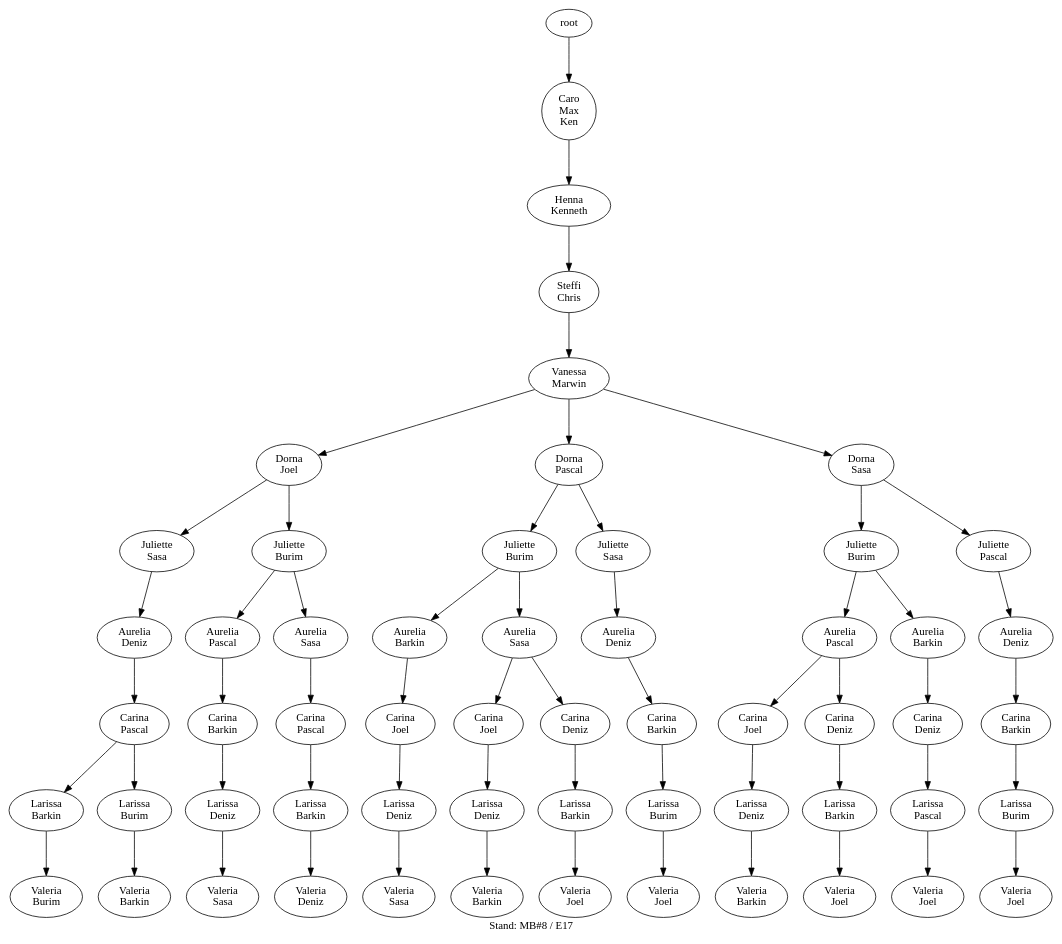
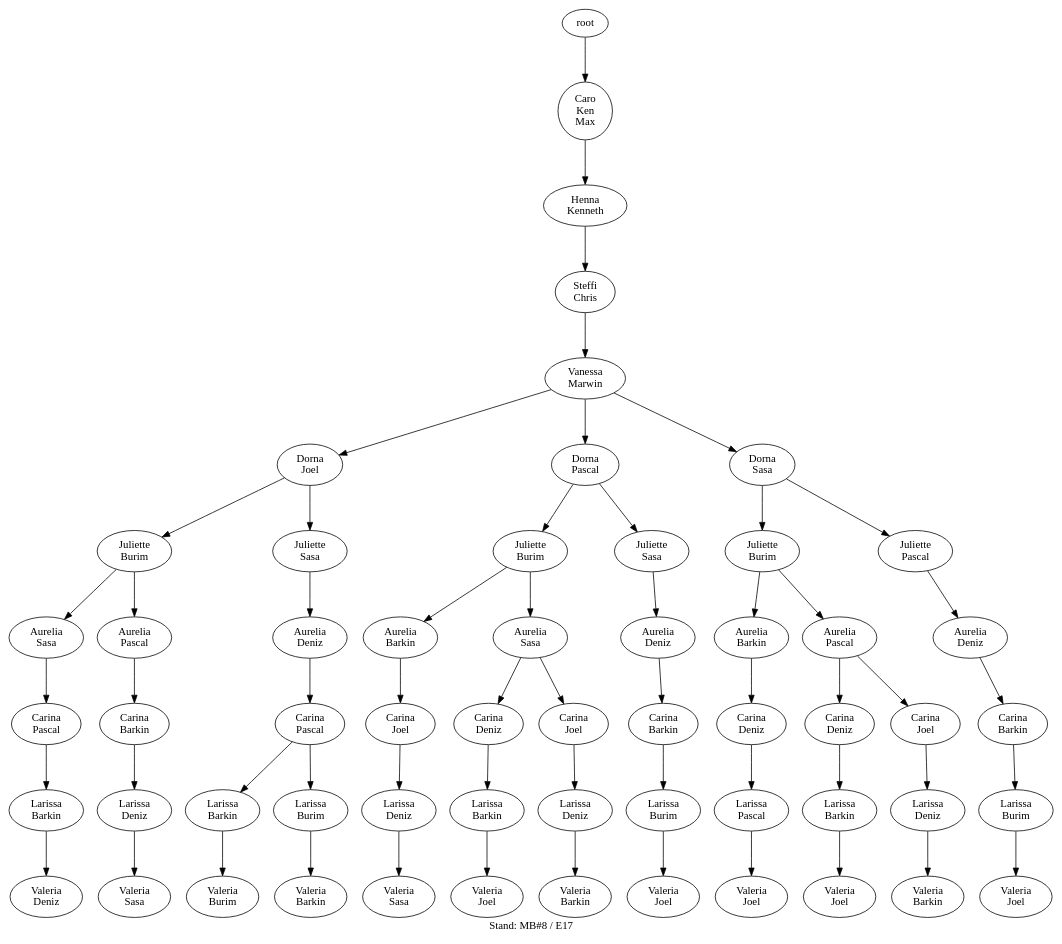
The diagram in data/de04/de04_16_tree.dot (atticus-sullivan/sim-ayto), drawn with Graphviz before and after one commit. The commit also changed 23 other files, not shown here.

```diff
--- a/data/de04/de04_16_tree.dot
+++ b/data/de04/de04_16_tree.dot
@@ -1,116 +1,116 @@
 digraph D { labelloc="b"; label="Stand: MB#8 / E17"; ranksep=0.8;
-"root/7,5"[label="Caro\nMax\nKen"]
-"root" -> "root/7,5";
-"root/7,5/6"[label="Henna\nKenneth"]
-"root/7,5" -> "root/7,5/6";
-"root/7,5/6/2"[label="Steffi\nChris"]
-"root/7,5/6" -> "root/7,5/6/2";
-"root/7,5/6/2/10"[label="Vanessa\nMarwin"]
-"root/7,5/6/2" -> "root/7,5/6/2/10";
-"root/7,5/6/2/10/4"[label="Dorna\nJoel"]
-"root/7,5/6/2/10" -> "root/7,5/6/2/10/4";
-"root/7,5/6/2/10/4/9"[label="Juliette\nSasa"]
-"root/7,5/6/2/10/4" -> "root/7,5/6/2/10/4/9";
-"root/7,5/6/2/10/4/9/3"[label="Aurelia\nDeniz"]
-"root/7,5/6/2/10/4/9" -> "root/7,5/6/2/10/4/9/3";
-"root/7,5/6/2/10/4/9/3/8"[label="Carina\nPascal"]
-"root/7,5/6/2/10/4/9/3" -> "root/7,5/6/2/10/4/9/3/8";
-"root/7,5/6/2/10/4/9/3/8/0"[label="Larissa\nBarkin"]
-"root/7,5/6/2/10/4/9/3/8" -> "root/7,5/6/2/10/4/9/3/8/0";
-"root/7,5/6/2/10/4/9/3/8/0/1"[label="Valeria\nBurim"]
-"root/7,5/6/2/10/4/9/3/8/0" -> "root/7,5/6/2/10/4/9/3/8/0/1";
-"root/7,5/6/2/10/8"[label="Dorna\nPascal"]
-"root/7,5/6/2/10" -> "root/7,5/6/2/10/8";
-"root/7,5/6/2/10/8/1"[label="Juliette\nBurim"]
-"root/7,5/6/2/10/8" -> "root/7,5/6/2/10/8/1";
-"root/7,5/6/2/10/8/1/0"[label="Aurelia\nBarkin"]
-"root/7,5/6/2/10/8/1" -> "root/7,5/6/2/10/8/1/0";
-"root/7,5/6/2/10/8/1/0/4"[label="Carina\nJoel"]
-"root/7,5/6/2/10/8/1/0" -> "root/7,5/6/2/10/8/1/0/4";
-"root/7,5/6/2/10/8/1/0/4/3"[label="Larissa\nDeniz"]
-"root/7,5/6/2/10/8/1/0/4" -> "root/7,5/6/2/10/8/1/0/4/3";
-"root/7,5/6/2/10/8/1/0/4/3/9"[label="Valeria\nSasa"]
-"root/7,5/6/2/10/8/1/0/4/3" -> "root/7,5/6/2/10/8/1/0/4/3/9";
-"root/7,5/6/2/10/4/1"[label="Juliette\nBurim"]
-"root/7,5/6/2/10/4" -> "root/7,5/6/2/10/4/1";
-"root/7,5/6/2/10/4/1/8"[label="Aurelia\nPascal"]
-"root/7,5/6/2/10/4/1" -> "root/7,5/6/2/10/4/1/8";
-"root/7,5/6/2/10/4/1/8/0"[label="Carina\nBarkin"]
-"root/7,5/6/2/10/4/1/8" -> "root/7,5/6/2/10/4/1/8/0";
-"root/7,5/6/2/10/4/1/8/0/3"[label="Larissa\nDeniz"]
-"root/7,5/6/2/10/4/1/8/0" -> "root/7,5/6/2/10/4/1/8/0/3";
-"root/7,5/6/2/10/4/1/8/0/3/9"[label="Valeria\nSasa"]
-"root/7,5/6/2/10/4/1/8/0/3" -> "root/7,5/6/2/10/4/1/8/0/3/9";
-"root/7,5/6/2/10/4/9/3/8/1"[label="Larissa\nBurim"]
-"root/7,5/6/2/10/4/9/3/8" -> "root/7,5/6/2/10/4/9/3/8/1";
-"root/7,5/6/2/10/4/9/3/8/1/0"[label="Valeria\nBarkin"]
-"root/7,5/6/2/10/4/9/3/8/1" -> "root/7,5/6/2/10/4/9/3/8/1/0";
-"root/7,5/6/2/10/9"[label="Dorna\nSasa"]
-"root/7,5/6/2/10" -> "root/7,5/6/2/10/9";
-"root/7,5/6/2/10/9/1"[label="Juliette\nBurim"]
-"root/7,5/6/2/10/9" -> "root/7,5/6/2/10/9/1";
-"root/7,5/6/2/10/9/1/8"[label="Aurelia\nPascal"]
-"root/7,5/6/2/10/9/1" -> "root/7,5/6/2/10/9/1/8";
-"root/7,5/6/2/10/9/1/8/4"[label="Carina\nJoel"]
-"root/7,5/6/2/10/9/1/8" -> "root/7,5/6/2/10/9/1/8/4";
-"root/7,5/6/2/10/9/1/8/4/3"[label="Larissa\nDeniz"]
-"root/7,5/6/2/10/9/1/8/4" -> "root/7,5/6/2/10/9/1/8/4/3";
-"root/7,5/6/2/10/9/1/8/4/3/0"[label="Valeria\nBarkin"]
-"root/7,5/6/2/10/9/1/8/4/3" -> "root/7,5/6/2/10/9/1/8/4/3/0";
-"root/7,5/6/2/10/8/1/9"[label="Aurelia\nSasa"]
-"root/7,5/6/2/10/8/1" -> "root/7,5/6/2/10/8/1/9";
-"root/7,5/6/2/10/8/1/9/4"[label="Carina\nJoel"]
-"root/7,5/6/2/10/8/1/9" -> "root/7,5/6/2/10/8/1/9/4";
-"root/7,5/6/2/10/8/1/9/4/3"[label="Larissa\nDeniz"]
-"root/7,5/6/2/10/8/1/9/4" -> "root/7,5/6/2/10/8/1/9/4/3";
-"root/7,5/6/2/10/8/1/9/4/3/0"[label="Valeria\nBarkin"]
-"root/7,5/6/2/10/8/1/9/4/3" -> "root/7,5/6/2/10/8/1/9/4/3/0";
-"root/7,5/6/2/10/4/1/9"[label="Aurelia\nSasa"]
-"root/7,5/6/2/10/4/1" -> "root/7,5/6/2/10/4/1/9";
-"root/7,5/6/2/10/4/1/9/8"[label="Carina\nPascal"]
-"root/7,5/6/2/10/4/1/9" -> "root/7,5/6/2/10/4/1/9/8";
-"root/7,5/6/2/10/4/1/9/8/0"[label="Larissa\nBarkin"]
-"root/7,5/6/2/10/4/1/9/8" -> "root/7,5/6/2/10/4/1/9/8/0";
-"root/7,5/6/2/10/4/1/9/8/0/3"[label="Valeria\nDeniz"]
-"root/7,5/6/2/10/4/1/9/8/0" -> "root/7,5/6/2/10/4/1/9/8/0/3";
-"root/7,5/6/2/10/8/1/9/3"[label="Carina\nDeniz"]
-"root/7,5/6/2/10/8/1/9" -> "root/7,5/6/2/10/8/1/9/3";
-"root/7,5/6/2/10/8/1/9/3/0"[label="Larissa\nBarkin"]
-"root/7,5/6/2/10/8/1/9/3" -> "root/7,5/6/2/10/8/1/9/3/0";
-"root/7,5/6/2/10/8/1/9/3/0/4"[label="Valeria\nJoel"]
-"root/7,5/6/2/10/8/1/9/3/0" -> "root/7,5/6/2/10/8/1/9/3/0/4";
-"root/7,5/6/2/10/9/1/8/3"[label="Carina\nDeniz"]
-"root/7,5/6/2/10/9/1/8" -> "root/7,5/6/2/10/9/1/8/3";
-"root/7,5/6/2/10/9/1/8/3/0"[label="Larissa\nBarkin"]
-"root/7,5/6/2/10/9/1/8/3" -> "root/7,5/6/2/10/9/1/8/3/0";
-"root/7,5/6/2/10/9/1/8/3/0/4"[label="Valeria\nJoel"]
-"root/7,5/6/2/10/9/1/8/3/0" -> "root/7,5/6/2/10/9/1/8/3/0/4";
-"root/7,5/6/2/10/8/9"[label="Juliette\nSasa"]
-"root/7,5/6/2/10/8" -> "root/7,5/6/2/10/8/9";
-"root/7,5/6/2/10/8/9/3"[label="Aurelia\nDeniz"]
-"root/7,5/6/2/10/8/9" -> "root/7,5/6/2/10/8/9/3";
-"root/7,5/6/2/10/8/9/3/0"[label="Carina\nBarkin"]
-"root/7,5/6/2/10/8/9/3" -> "root/7,5/6/2/10/8/9/3/0";
-"root/7,5/6/2/10/8/9/3/0/1"[label="Larissa\nBurim"]
-"root/7,5/6/2/10/8/9/3/0" -> "root/7,5/6/2/10/8/9/3/0/1";
-"root/7,5/6/2/10/8/9/3/0/1/4"[label="Valeria\nJoel"]
-"root/7,5/6/2/10/8/9/3/0/1" -> "root/7,5/6/2/10/8/9/3/0/1/4";
-"root/7,5/6/2/10/9/8"[label="Juliette\nPascal"]
-"root/7,5/6/2/10/9" -> "root/7,5/6/2/10/9/8";
-"root/7,5/6/2/10/9/8/3"[label="Aurelia\nDeniz"]
-"root/7,5/6/2/10/9/8" -> "root/7,5/6/2/10/9/8/3";
-"root/7,5/6/2/10/9/8/3/0"[label="Carina\nBarkin"]
-"root/7,5/6/2/10/9/8/3" -> "root/7,5/6/2/10/9/8/3/0";
-"root/7,5/6/2/10/9/8/3/0/1"[label="Larissa\nBurim"]
-"root/7,5/6/2/10/9/8/3/0" -> "root/7,5/6/2/10/9/8/3/0/1";
-"root/7,5/6/2/10/9/8/3/0/1/4"[label="Valeria\nJoel"]
-"root/7,5/6/2/10/9/8/3/0/1" -> "root/7,5/6/2/10/9/8/3/0/1/4";
-"root/7,5/6/2/10/9/1/0"[label="Aurelia\nBarkin"]
-"root/7,5/6/2/10/9/1" -> "root/7,5/6/2/10/9/1/0";
-"root/7,5/6/2/10/9/1/0/3"[label="Carina\nDeniz"]
-"root/7,5/6/2/10/9/1/0" -> "root/7,5/6/2/10/9/1/0/3";
-"root/7,5/6/2/10/9/1/0/3/8"[label="Larissa\nPascal"]
-"root/7,5/6/2/10/9/1/0/3" -> "root/7,5/6/2/10/9/1/0/3/8";
-"root/7,5/6/2/10/9/1/0/3/8/4"[label="Valeria\nJoel"]
-"root/7,5/6/2/10/9/1/0/3/8" -> "root/7,5/6/2/10/9/1/0/3/8/4";
+"root/5,7"[label="Caro\nKen\nMax"]
+"root" -> "root/5,7";
+"root/5,7/6"[label="Henna\nKenneth"]
+"root/5,7" -> "root/5,7/6";
+"root/5,7/6/2"[label="Steffi\nChris"]
+"root/5,7/6" -> "root/5,7/6/2";
+"root/5,7/6/2/10"[label="Vanessa\nMarwin"]
+"root/5,7/6/2" -> "root/5,7/6/2/10";
+"root/5,7/6/2/10/4"[label="Dorna\nJoel"]
+"root/5,7/6/2/10" -> "root/5,7/6/2/10/4";
+"root/5,7/6/2/10/4/1"[label="Juliette\nBurim"]
+"root/5,7/6/2/10/4" -> "root/5,7/6/2/10/4/1";
+"root/5,7/6/2/10/4/1/9"[label="Aurelia\nSasa"]
+"root/5,7/6/2/10/4/1" -> "root/5,7/6/2/10/4/1/9";
+"root/5,7/6/2/10/4/1/9/8"[label="Carina\nPascal"]
+"root/5,7/6/2/10/4/1/9" -> "root/5,7/6/2/10/4/1/9/8";
+"root/5,7/6/2/10/4/1/9/8/0"[label="Larissa\nBarkin"]
+"root/5,7/6/2/10/4/1/9/8" -> "root/5,7/6/2/10/4/1/9/8/0";
+"root/5,7/6/2/10/4/1/9/8/0/3"[label="Valeria\nDeniz"]
+"root/5,7/6/2/10/4/1/9/8/0" -> "root/5,7/6/2/10/4/1/9/8/0/3";
+"root/5,7/6/2/10/4/9"[label="Juliette\nSasa"]
+"root/5,7/6/2/10/4" -> "root/5,7/6/2/10/4/9";
+"root/5,7/6/2/10/4/9/3"[label="Aurelia\nDeniz"]
+"root/5,7/6/2/10/4/9" -> "root/5,7/6/2/10/4/9/3";
+"root/5,7/6/2/10/4/9/3/8"[label="Carina\nPascal"]
+"root/5,7/6/2/10/4/9/3" -> "root/5,7/6/2/10/4/9/3/8";
+"root/5,7/6/2/10/4/9/3/8/0"[label="Larissa\nBarkin"]
+"root/5,7/6/2/10/4/9/3/8" -> "root/5,7/6/2/10/4/9/3/8/0";
+"root/5,7/6/2/10/4/9/3/8/0/1"[label="Valeria\nBurim"]
+"root/5,7/6/2/10/4/9/3/8/0" -> "root/5,7/6/2/10/4/9/3/8/0/1";
+"root/5,7/6/2/10/4/1/8"[label="Aurelia\nPascal"]
+"root/5,7/6/2/10/4/1" -> "root/5,7/6/2/10/4/1/8";
+"root/5,7/6/2/10/4/1/8/0"[label="Carina\nBarkin"]
+"root/5,7/6/2/10/4/1/8" -> "root/5,7/6/2/10/4/1/8/0";
+"root/5,7/6/2/10/4/1/8/0/3"[label="Larissa\nDeniz"]
+"root/5,7/6/2/10/4/1/8/0" -> "root/5,7/6/2/10/4/1/8/0/3";
+"root/5,7/6/2/10/4/1/8/0/3/9"[label="Valeria\nSasa"]
+"root/5,7/6/2/10/4/1/8/0/3" -> "root/5,7/6/2/10/4/1/8/0/3/9";
+"root/5,7/6/2/10/8"[label="Dorna\nPascal"]
+"root/5,7/6/2/10" -> "root/5,7/6/2/10/8";
+"root/5,7/6/2/10/8/1"[label="Juliette\nBurim"]
+"root/5,7/6/2/10/8" -> "root/5,7/6/2/10/8/1";
+"root/5,7/6/2/10/8/1/0"[label="Aurelia\nBarkin"]
+"root/5,7/6/2/10/8/1" -> "root/5,7/6/2/10/8/1/0";
+"root/5,7/6/2/10/8/1/0/4"[label="Carina\nJoel"]
+"root/5,7/6/2/10/8/1/0" -> "root/5,7/6/2/10/8/1/0/4";
+"root/5,7/6/2/10/8/1/0/4/3"[label="Larissa\nDeniz"]
+"root/5,7/6/2/10/8/1/0/4" -> "root/5,7/6/2/10/8/1/0/4/3";
+"root/5,7/6/2/10/8/1/0/4/3/9"[label="Valeria\nSasa"]
+"root/5,7/6/2/10/8/1/0/4/3" -> "root/5,7/6/2/10/8/1/0/4/3/9";
+"root/5,7/6/2/10/9"[label="Dorna\nSasa"]
+"root/5,7/6/2/10" -> "root/5,7/6/2/10/9";
+"root/5,7/6/2/10/9/1"[label="Juliette\nBurim"]
+"root/5,7/6/2/10/9" -> "root/5,7/6/2/10/9/1";
+"root/5,7/6/2/10/9/1/0"[label="Aurelia\nBarkin"]
+"root/5,7/6/2/10/9/1" -> "root/5,7/6/2/10/9/1/0";
+"root/5,7/6/2/10/9/1/0/3"[label="Carina\nDeniz"]
+"root/5,7/6/2/10/9/1/0" -> "root/5,7/6/2/10/9/1/0/3";
+"root/5,7/6/2/10/9/1/0/3/8"[label="Larissa\nPascal"]
+"root/5,7/6/2/10/9/1/0/3" -> "root/5,7/6/2/10/9/1/0/3/8";
+"root/5,7/6/2/10/9/1/0/3/8/4"[label="Valeria\nJoel"]
+"root/5,7/6/2/10/9/1/0/3/8" -> "root/5,7/6/2/10/9/1/0/3/8/4";
+"root/5,7/6/2/10/9/8"[label="Juliette\nPascal"]
+"root/5,7/6/2/10/9" -> "root/5,7/6/2/10/9/8";
+"root/5,7/6/2/10/9/8/3"[label="Aurelia\nDeniz"]
+"root/5,7/6/2/10/9/8" -> "root/5,7/6/2/10/9/8/3";
+"root/5,7/6/2/10/9/8/3/0"[label="Carina\nBarkin"]
+"root/5,7/6/2/10/9/8/3" -> "root/5,7/6/2/10/9/8/3/0";
+"root/5,7/6/2/10/9/8/3/0/1"[label="Larissa\nBurim"]
+"root/5,7/6/2/10/9/8/3/0" -> "root/5,7/6/2/10/9/8/3/0/1";
+"root/5,7/6/2/10/9/8/3/0/1/4"[label="Valeria\nJoel"]
+"root/5,7/6/2/10/9/8/3/0/1" -> "root/5,7/6/2/10/9/8/3/0/1/4";
+"root/5,7/6/2/10/8/9"[label="Juliette\nSasa"]
+"root/5,7/6/2/10/8" -> "root/5,7/6/2/10/8/9";
+"root/5,7/6/2/10/8/9/3"[label="Aurelia\nDeniz"]
+"root/5,7/6/2/10/8/9" -> "root/5,7/6/2/10/8/9/3";
+"root/5,7/6/2/10/8/9/3/0"[label="Carina\nBarkin"]
+"root/5,7/6/2/10/8/9/3" -> "root/5,7/6/2/10/8/9/3/0";
+"root/5,7/6/2/10/8/9/3/0/1"[label="Larissa\nBurim"]
+"root/5,7/6/2/10/8/9/3/0" -> "root/5,7/6/2/10/8/9/3/0/1";
+"root/5,7/6/2/10/8/9/3/0/1/4"[label="Valeria\nJoel"]
+"root/5,7/6/2/10/8/9/3/0/1" -> "root/5,7/6/2/10/8/9/3/0/1/4";
+"root/5,7/6/2/10/9/1/8"[label="Aurelia\nPascal"]
+"root/5,7/6/2/10/9/1" -> "root/5,7/6/2/10/9/1/8";
+"root/5,7/6/2/10/9/1/8/3"[label="Carina\nDeniz"]
+"root/5,7/6/2/10/9/1/8" -> "root/5,7/6/2/10/9/1/8/3";
+"root/5,7/6/2/10/9/1/8/3/0"[label="Larissa\nBarkin"]
+"root/5,7/6/2/10/9/1/8/3" -> "root/5,7/6/2/10/9/1/8/3/0";
+"root/5,7/6/2/10/9/1/8/3/0/4"[label="Valeria\nJoel"]
+"root/5,7/6/2/10/9/1/8/3/0" -> "root/5,7/6/2/10/9/1/8/3/0/4";
+"root/5,7/6/2/10/8/1/9"[label="Aurelia\nSasa"]
+"root/5,7/6/2/10/8/1" -> "root/5,7/6/2/10/8/1/9";
+"root/5,7/6/2/10/8/1/9/3"[label="Carina\nDeniz"]
+"root/5,7/6/2/10/8/1/9" -> "root/5,7/6/2/10/8/1/9/3";
+"root/5,7/6/2/10/8/1/9/3/0"[label="Larissa\nBarkin"]
+"root/5,7/6/2/10/8/1/9/3" -> "root/5,7/6/2/10/8/1/9/3/0";
+"root/5,7/6/2/10/8/1/9/3/0/4"[label="Valeria\nJoel"]
+"root/5,7/6/2/10/8/1/9/3/0" -> "root/5,7/6/2/10/8/1/9/3/0/4";
+"root/5,7/6/2/10/4/9/3/8/1"[label="Larissa\nBurim"]
+"root/5,7/6/2/10/4/9/3/8" -> "root/5,7/6/2/10/4/9/3/8/1";
+"root/5,7/6/2/10/4/9/3/8/1/0"[label="Valeria\nBarkin"]
+"root/5,7/6/2/10/4/9/3/8/1" -> "root/5,7/6/2/10/4/9/3/8/1/0";
+"root/5,7/6/2/10/9/1/8/4"[label="Carina\nJoel"]
+"root/5,7/6/2/10/9/1/8" -> "root/5,7/6/2/10/9/1/8/4";
+"root/5,7/6/2/10/9/1/8/4/3"[label="Larissa\nDeniz"]
+"root/5,7/6/2/10/9/1/8/4" -> "root/5,7/6/2/10/9/1/8/4/3";
+"root/5,7/6/2/10/9/1/8/4/3/0"[label="Valeria\nBarkin"]
+"root/5,7/6/2/10/9/1/8/4/3" -> "root/5,7/6/2/10/9/1/8/4/3/0";
+"root/5,7/6/2/10/8/1/9/4"[label="Carina\nJoel"]
+"root/5,7/6/2/10/8/1/9" -> "root/5,7/6/2/10/8/1/9/4";
+"root/5,7/6/2/10/8/1/9/4/3"[label="Larissa\nDeniz"]
+"root/5,7/6/2/10/8/1/9/4" -> "root/5,7/6/2/10/8/1/9/4/3";
+"root/5,7/6/2/10/8/1/9/4/3/0"[label="Valeria\nBarkin"]
+"root/5,7/6/2/10/8/1/9/4/3" -> "root/5,7/6/2/10/8/1/9/4/3/0";
 }
```
